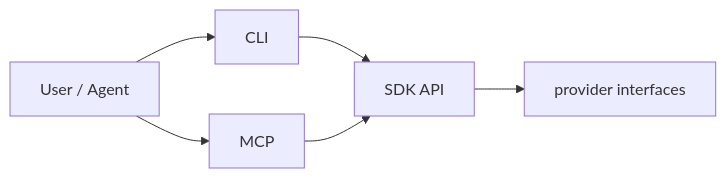
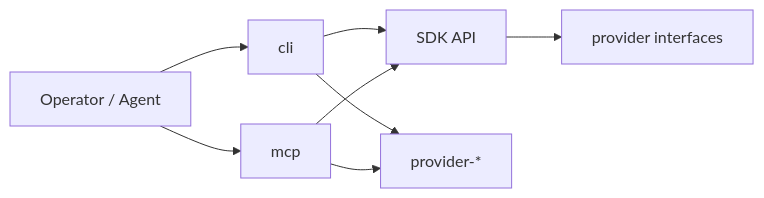
The diagram in docs/design/20-sdk-and-packaging/cli-and-mcp-wrappers.md (aryeko/agentic-workflow-kit), drawn with Mermaid before and after one commit. The commit also changed other lines of this file and 46 other files, not shown here.

````diff
--- a/docs/design/20-sdk-and-packaging/cli-and-mcp-wrappers.md
+++ b/docs/design/20-sdk-and-packaging/cli-and-mcp-wrappers.md
@@ -27,8 +13,10 @@
 ```mermaid
 flowchart LR
-  User["User / Agent"] --> CLI["CLI"]
-  User --> MCP["MCP"]
+  User["Operator / Agent"] --> CLI["cli"]
+  User --> MCP["mcp"]
   CLI --> SDK["SDK API"]
   MCP --> SDK
-  SDK --> Providers["provider interfaces"]
+  CLI --> Providers["provider-*"]
+  MCP --> Providers
+  SDK --> Interfaces["provider interfaces"]
 ```
````
